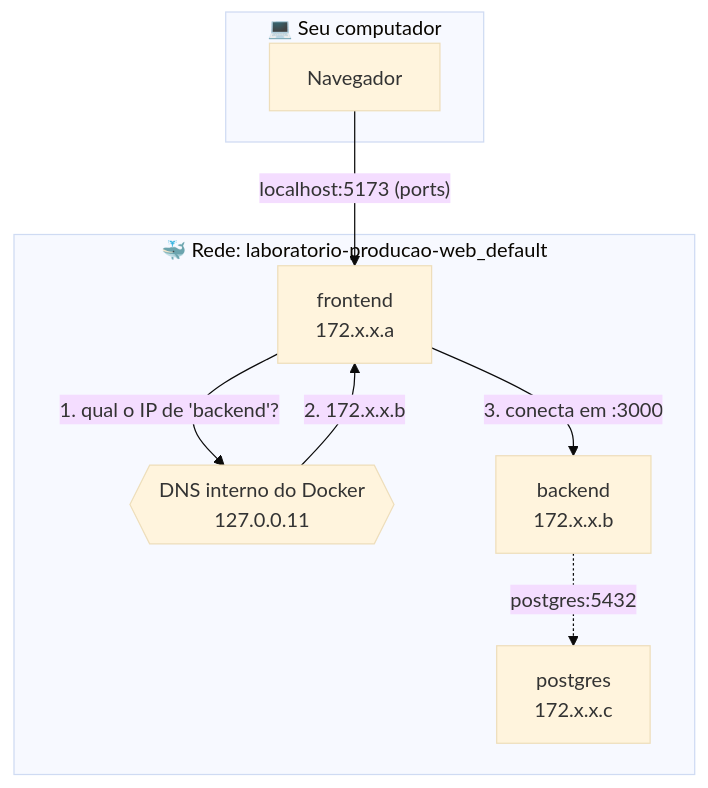
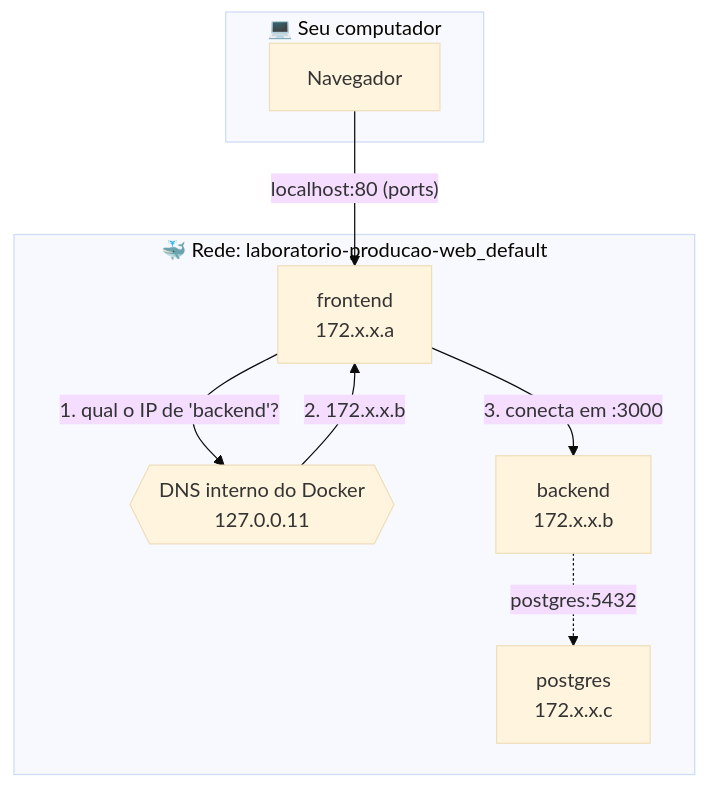
One commit to ThiagoMarzari/laboratorio-producao-web changed the third of 7 diagrams in README.md. Above: the diagram before and after it, drawn with Mermaid (base theme). The commit also changed other lines of this file and 11 other files, not shown here.

````diff
--- a/README.md
+++ b/README.md
@@ -140,19 +140,19 @@
 ```mermaid
 flowchart TB
     subgraph mac["💻 Seu computador"]
         browser["Navegador"]
     end
 
     subgraph docker["🐳 Rede: laboratorio-producao-web_default"]
         dns{{"DNS interno do Docker<br/>127.0.0.11"}}
         frontend["frontend<br/>172.x.x.a"]
         backend["backend<br/>172.x.x.b"]
         postgres["postgres<br/>172.x.x.c"]
     end
 
-    browser -->|"localhost:5173 (ports)"| frontend
+    browser -->|"localhost:80 (ports)"| frontend
     frontend -->|"1. qual o IP de 'backend'?"| dns
     dns -->|"2. 172.x.x.b"| frontend
     frontend -->|"3. conecta em :3000"| backend
     backend -.->|"postgres:5432"| postgres
 ```
````
